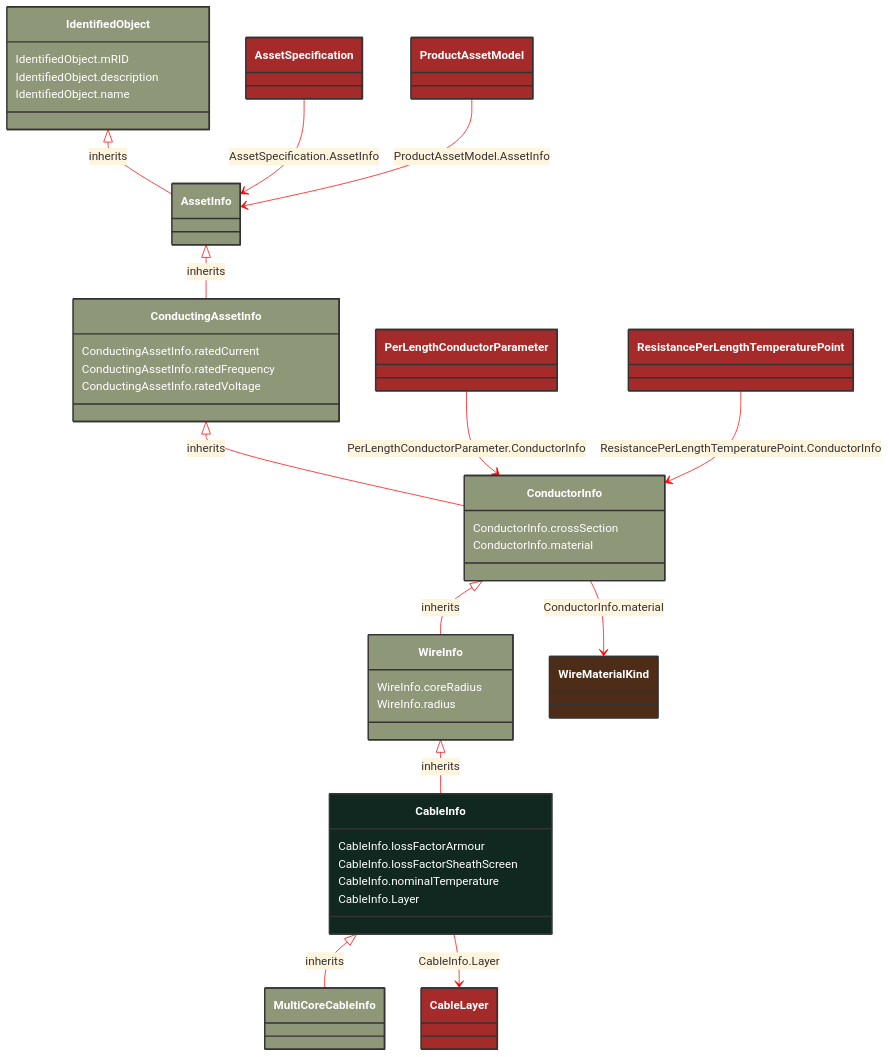
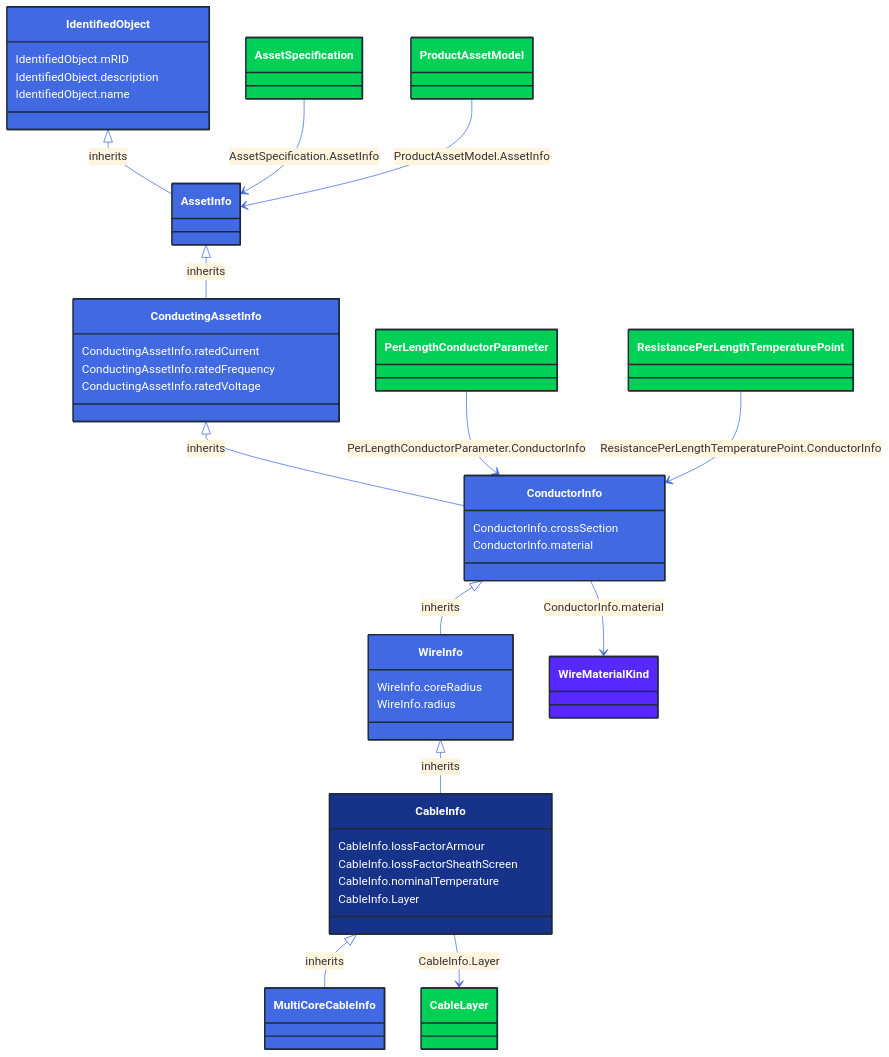
One commit to 3lbits/NoCIMExtensions changed the diagram in docs/Models/Profiles/SubseaCableInfo/ConcreteClasses/CableInfo.md. Above: the diagram before and after it, drawn with Mermaid. The commit also changed 362 other files, not shown here.

First line of the commit message:
Update diagrams and styles for improved visual consistency

````diff
--- a/docs/Models/Profiles/SubseaCableInfo/ConcreteClasses/CableInfo.md
+++ b/docs/Models/Profiles/SubseaCableInfo/ConcreteClasses/CableInfo.md
@@ -8,71 +8,71 @@
 ```mermaid
-%%{init: {'theme':'base','themeVariables': {'lineColor': '#FF0000'}}}%%
+%%{init: {'theme':'base','themeVariables': {'lineColor': '#4169E1'}}}%%
 classDiagram
     class CableInfo
     click CableInfo href "/Models/Profiles/SubseaCableInfo/ConcreteClasses/CableInfo/"
-    style CableInfo fill:#102820,stroke:#333,stroke-width:2px,rx:10,ry:10,color:white
+    style CableInfo fill:#163289,stroke:#1F2A37,stroke-width:2px,rx:10,ry:10,color:white
 
         CableInfo <|-- MultiCoreCableInfo : inherits
 
         MultiCoreCableInfo
             click MultiCoreCableInfo href "/Models/Profiles/SubseaCableInfo/ConcreteClasses/MultiCoreCableInfo/"
-            style MultiCoreCableInfo fill:#8F9779,stroke:#333,stroke-width:2px,rx:10,ry:10,color:white
+            style MultiCoreCableInfo fill:#4169E1,stroke:#1F2A37,stroke-width:2px,rx:10,ry:10,color:white
      
         WireInfo <|-- CableInfo : inherits
             click WireInfo href "/Models/Profiles/SubseaCableInfo/AbstractClasses/WireInfo/"
-            style WireInfo fill:#8F9779,stroke:#333,stroke-width:2px,rx:10,ry:10,color:white
+            style WireInfo fill:#4169E1,stroke:#1F2A37,stroke-width:2px,rx:10,ry:10,color:white
      
         ConductorInfo <|-- WireInfo : inherits
             click ConductorInfo href "/Models/Profiles/SubseaCableInfo/AbstractClasses/ConductorInfo/"
-            style ConductorInfo fill:#8F9779,stroke:#333,stroke-width:2px,rx:10,ry:10,color:white
+            style ConductorInfo fill:#4169E1,stroke:#1F2A37,stroke-width:2px,rx:10,ry:10,color:white
      
         ConductingAssetInfo <|-- ConductorInfo : inherits
             click ConductingAssetInfo href "/Models/Profiles/SubseaCableInfo/AbstractClasses/ConductingAssetInfo/"
-            style ConductingAssetInfo fill:#8F9779,stroke:#333,stroke-width:2px,rx:10,ry:10,color:white
+            style ConductingAssetInfo fill:#4169E1,stroke:#1F2A37,stroke-width:2px,rx:10,ry:10,color:white
      
         AssetInfo <|-- ConductingAssetInfo : inherits
             click AssetInfo href "/Models/Profiles/SubseaCableInfo/AbstractClasses/AssetInfo/"
-            style AssetInfo fill:#8F9779,stroke:#333,stroke-width:2px,rx:10,ry:10,color:white
+            style AssetInfo fill:#4169E1,stroke:#1F2A37,stroke-width:2px,rx:10,ry:10,color:white
      
         IdentifiedObject <|-- AssetInfo : inherits
             click IdentifiedObject href "/Models/Profiles/SubseaCableInfo/AbstractClasses/IdentifiedObject/"
-            style IdentifiedObject fill:#8F9779,stroke:#333,stroke-width:2px,rx:10,ry:10,color:white
+            style IdentifiedObject fill:#4169E1,stroke:#1F2A37,stroke-width:2px,rx:10,ry:10,color:white
 
         CableInfo --> CableLayer : CableInfo.Layer
 
         CableLayer
             click CableLayer href "/Models/Profiles/SubseaCableInfo/AbstractClasses/CableLayer/"
-            style CableLayer fill:#A52A2A,stroke:#333,stroke-width:2px,rx:10,ry:10,color:white
+            style CableLayer fill:#00D156,stroke:#1F2A37,stroke-width:2px,rx:10,ry:10,color:white
 
         AssetSpecification --> AssetInfo : AssetSpecification.AssetInfo
 
         AssetSpecification
             click AssetSpecification href "/Models/Profiles/SubseaCableInfo/ConcreteClasses/AssetSpecification/"
-            style AssetSpecification fill:#A52A2A,stroke:#333,stroke-width:2px,rx:10,ry:10,color:white
+            style AssetSpecification fill:#00D156,stroke:#1F2A37,stroke-width:2px,rx:10,ry:10,color:white
 
         PerLengthConductorParameter --> ConductorInfo : PerLengthConductorParameter.ConductorInfo
 
         PerLengthConductorParameter
             click PerLengthConductorParameter href "/Models/Profiles/SubseaCableInfo/AbstractClasses/PerLengthConductorParameter/"
-            style PerLengthConductorParameter fill:#A52A2A,stroke:#333,stroke-width:2px,rx:10,ry:10,color:white
+            style PerLengthConductorParameter fill:#00D156,stroke:#1F2A37,stroke-width:2px,rx:10,ry:10,color:white
 
         ProductAssetModel --> AssetInfo : ProductAssetModel.AssetInfo
 
         ProductAssetModel
             click ProductAssetModel href "/Models/Profiles/SubseaCableInfo/ConcreteClasses/ProductAssetModel/"
-            style ProductAssetModel fill:#A52A2A,stroke:#333,stroke-width:2px,rx:10,ry:10,color:white
+            style ProductAssetModel fill:#00D156,stroke:#1F2A37,stroke-width:2px,rx:10,ry:10,color:white
 
         ResistancePerLengthTemperaturePoint --> ConductorInfo : ResistancePerLengthTemperaturePoint.ConductorInfo
 
         ResistancePerLengthTemperaturePoint
             click ResistancePerLengthTemperaturePoint href "/Models/Profiles/SubseaCableInfo/ConcreteClasses/ResistancePerLengthTemperaturePoint/"
-            style ResistancePerLengthTemperaturePoint fill:#A52A2A,stroke:#333,stroke-width:2px,rx:10,ry:10,color:white
+            style ResistancePerLengthTemperaturePoint fill:#00D156,stroke:#1F2A37,stroke-width:2px,rx:10,ry:10,color:white
 
         ConductorInfo --> WireMaterialKind : ConductorInfo.material
 
         WireMaterialKind
             click WireMaterialKind href "/Models/Profiles/SubseaCableInfo/Enumerations/WireMaterialKind/"
-            style WireMaterialKind fill:#4D2D18,stroke:#333,stroke-width:2px,rx:10,ry:10,color:white
+            style WireMaterialKind fill:#5729FF,stroke:#1F2A37,stroke-width:2px,rx:10,ry:10,color:white
 
         CableInfo : CableInfo.lossFactorArmour
         CableInfo : CableInfo.lossFactorSheathScreen
````
